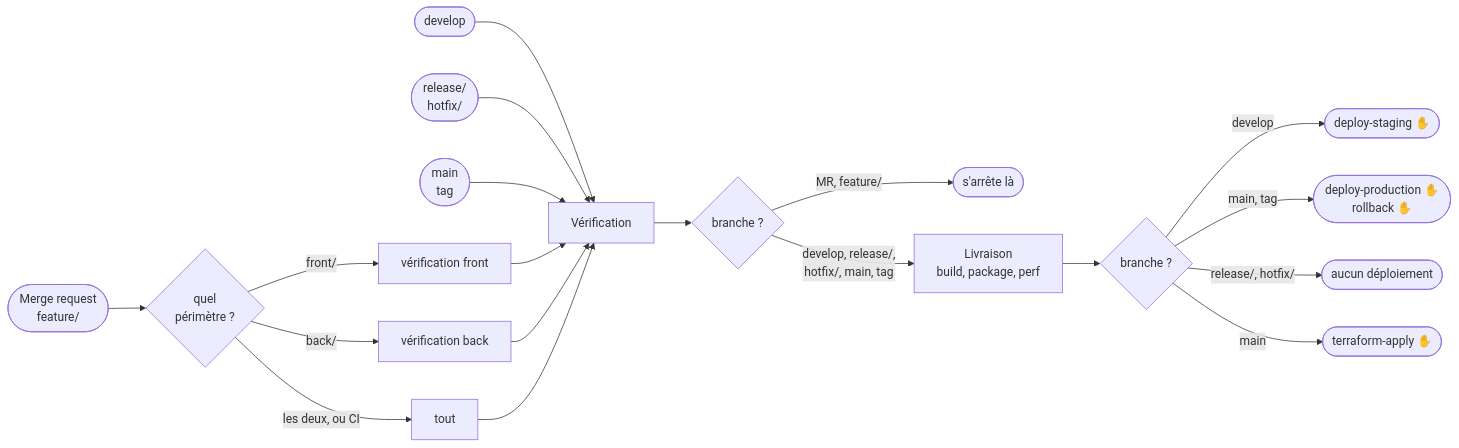
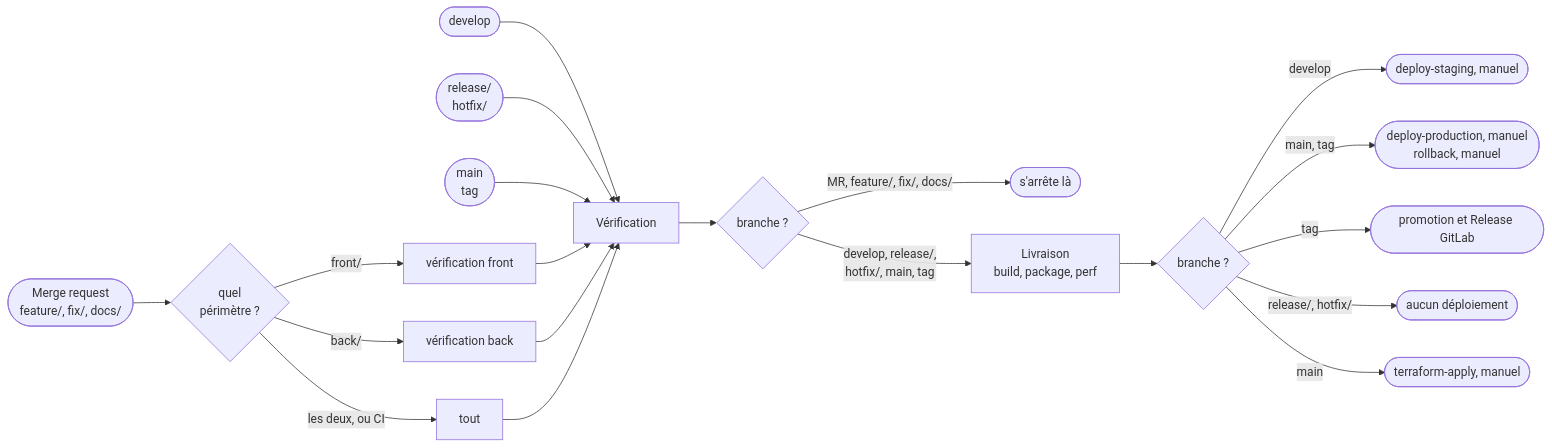
Before and after one commit to TedPasquiet/G-rez-le-cycle-de-vie-de-d-veloppement-logiciel: the third of 3 diagrams in docs/pipeline-ci.md, drawn with Mermaid. The commit also changed other lines of this file and 33 other files, not shown here.

````diff
--- a/docs/pipeline-ci.md
+++ b/docs/pipeline-ci.md
@@ -116,21 +138,22 @@
 ```mermaid
 flowchart LR
-    mr(["Merge request<br/>feature/"]) --> F{"quel<br/>périmètre ?"}
+    mr(["Merge request<br/>feature/, fix/, docs/"]) --> F{"quel<br/>périmètre ?"}
     F -->|"front/"| vf["vérification front"]
     F -->|"back/"| vb["vérification back"]
     F -->|"les deux, ou CI"| vt["tout"]
     dev(["develop"]) --> V
     rel(["release/<br/>hotfix/"]) --> V
     main(["main<br/>tag"]) --> V
     vf --> V["Vérification"]
     vb --> V
     vt --> V
     V --> G{"branche ?"}
-    G -->|"MR, feature/"| stop(["s'arrête là"])
+    G -->|"MR, feature/, fix/, docs/"| stop(["s'arrête là"])
     G -->|"develop, release/,<br/>hotfix/, main, tag"| L["Livraison<br/>build, package, perf"]
     L --> H{"branche ?"}
-    H -->|"develop"| st(["deploy-staging ✋"])
-    H -->|"main, tag"| pr(["deploy-production ✋<br/>rollback ✋"])
+    H -->|"develop"| st(["deploy-staging, manuel"])
+    H -->|"main, tag"| pr(["deploy-production, manuel<br/>rollback, manuel"])
+    H -->|"tag"| rl(["promotion et Release GitLab"])
     H -->|"release/, hotfix/"| rien(["aucun déploiement"])
-    H -->|"main"| ia(["terraform-apply ✋"])
+    H -->|"main"| ia(["terraform-apply, manuel"])
 ```
````
